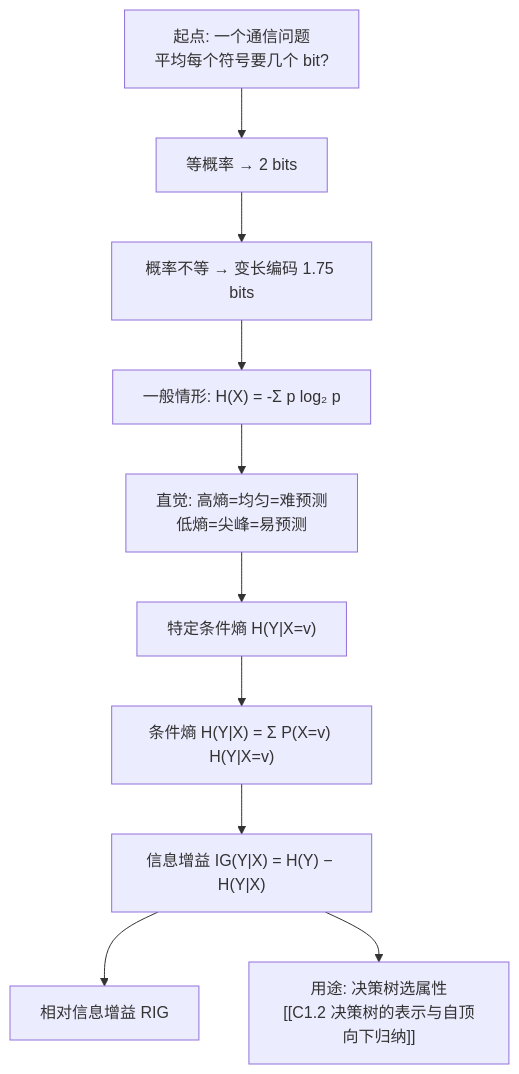
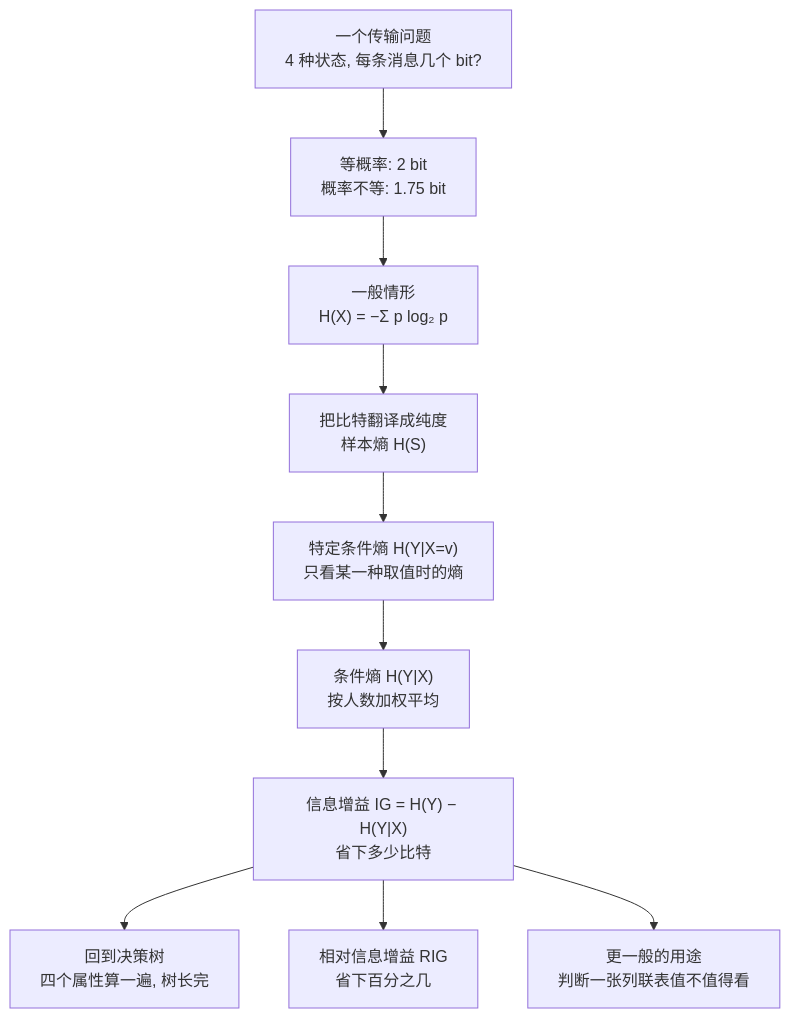
One commit to KayeAdams515/ClaudeNotes changed the first of 2 diagrams in 机器学习/C1.3 熵与信息增益.md. Above: the diagram before and after it, drawn with Mermaid. The commit also changed other lines of this file and 777 other files, not shown here.

````diff
--- a/机器学习/C1.3 熵与信息增益.md
+++ b/机器学习/C1.3 熵与信息增益.md
@@ -17,12 +21,12 @@
 ```mermaid
 flowchart TD
-    A["起点: 一个通信问题<br/>平均每个符号要几个 bit?"] --> B[等概率 → 2 bits]
-    B --> C[概率不等 → 变长编码 1.75 bits]
-    C --> D["一般情形: H(X) = -Σ p log₂ p"]
-    D --> E["直觉: 高熵=均匀=难预测<br/>低熵=尖峰=易预测"]
-    E --> F["特定条件熵 H(Y|X=v)"]
-    F --> G["条件熵 H(Y|X) = Σ P(X=v) H(Y|X=v)"]
-    G --> H["信息增益 IG(Y|X) = H(Y) − H(Y|X)"]
-    H --> I["相对信息增益 RIG"]
-    H --> J["用途: 决策树选属性<br/>[[C1.2 决策树的表示与自顶向下归纳]]"]
+    A["一个传输问题<br/>4 种状态, 每条消息几个 bit?"] --> B["等概率: 2 bit<br/>概率不等: 1.75 bit"]
+    B --> C["一般情形<br/>H(X) = −Σ p log₂ p"]
+    C --> D["把比特翻译成纯度<br/>样本熵 H(S)"]
+    D --> E["特定条件熵 H(Y|X=v)<br/>只看某一种取值时的熵"]
+    E --> F["条件熵 H(Y|X)<br/>按人数加权平均"]
+    F --> G["信息增益 IG = H(Y) − H(Y|X)<br/>省下多少比特"]
+    G --> H["回到决策树<br/>四个属性算一遍, 树长完"]
+    G --> I["相对信息增益 RIG<br/>省下百分之几"]
+    G --> J["更一般的用途<br/>判断一张列联表值不值得看"]
 ```
````
